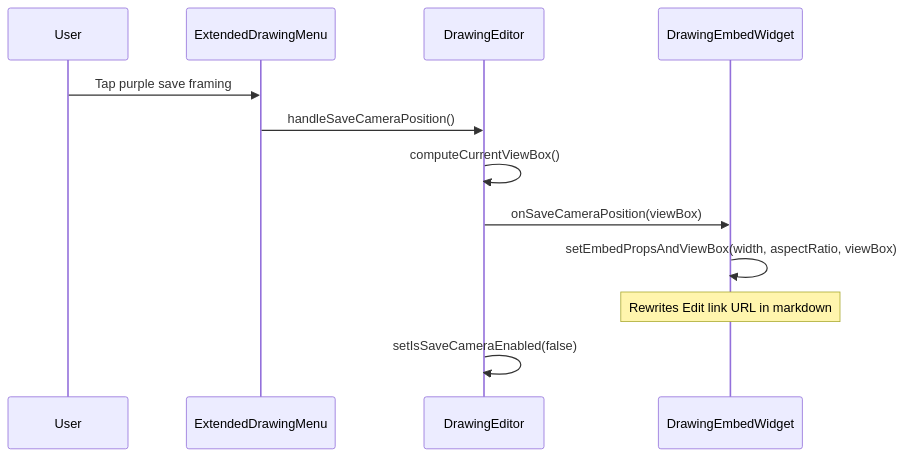
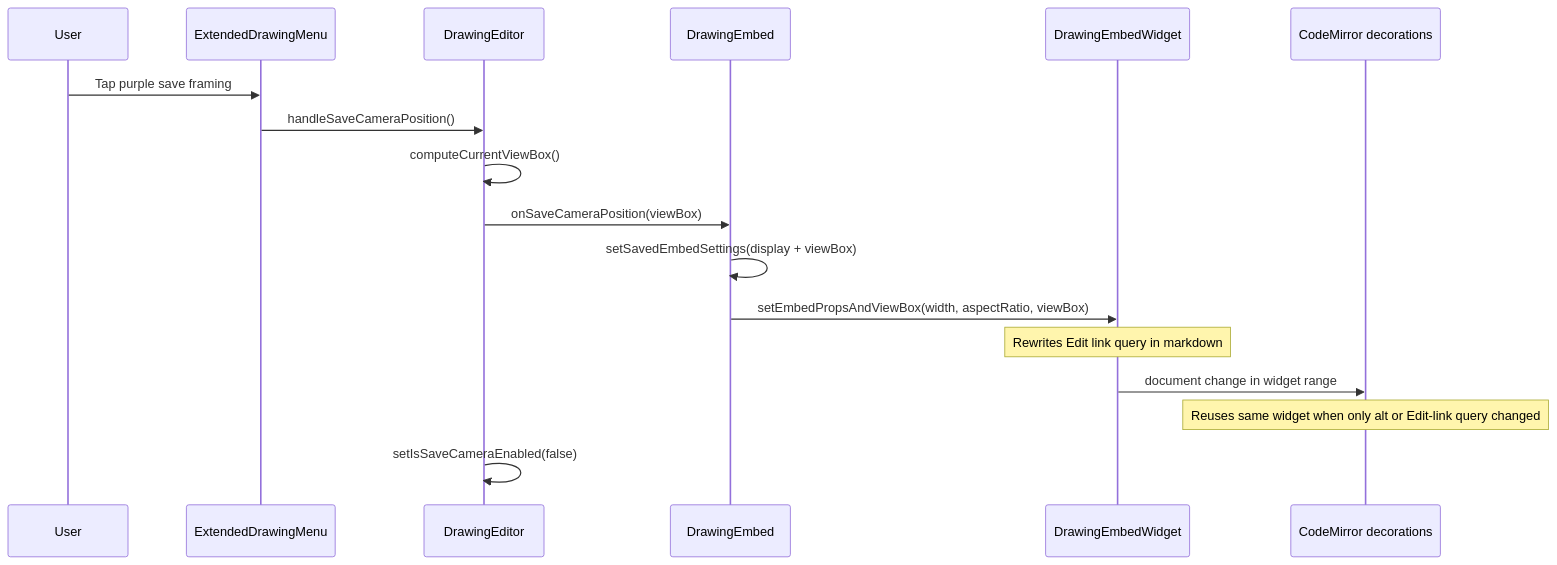
One commit to daledesilva/obsidian_ink changed the third of 3 diagrams in docs/drawing-embed-framing.md. Above: the diagram before and after it, drawn with Mermaid. The commit also changed other lines of this file and 3 other files, not shown here.

Commit message:
fixed: Reused the drawing embed widget when Save framing only rewrote the Edit link query, because a rebuild dropped edit mode and collapsed empty previews. Kept last-saved framing in React state so lock still applied the new crop after widget reuse.

````diff
--- a/docs/drawing-embed-framing.md
+++ b/docs/drawing-embed-framing.md
@@ -102,15 +102,20 @@
 ```mermaid
 sequenceDiagram
     participant User
     participant Menu as ExtendedDrawingMenu
     participant Editor as DrawingEditor
-    participant Embed as DrawingEmbedWidget
+    participant Embed as DrawingEmbed
+    participant Widget as DrawingEmbedWidget
+    participant CM as CodeMirror decorations
 
     User->>Menu: Tap purple save framing
     Menu->>Editor: handleSaveCameraPosition()
     Editor->>Editor: computeCurrentViewBox()
     Editor->>Embed: onSaveCameraPosition(viewBox)
-    Embed->>Embed: setEmbedPropsAndViewBox(width, aspectRatio, viewBox)
-    Note over Embed: Rewrites Edit link URL in markdown
+    Embed->>Embed: setSavedEmbedSettings(display + viewBox)
+    Embed->>Widget: setEmbedPropsAndViewBox(width, aspectRatio, viewBox)
+    Note over Widget: Rewrites Edit link query in markdown
+    Widget->>CM: document change in widget range
+    Note over CM: Reuses same widget when only alt or Edit-link query changed
     Editor->>Editor: setIsSaveCameraEnabled(false)
 ```
````
